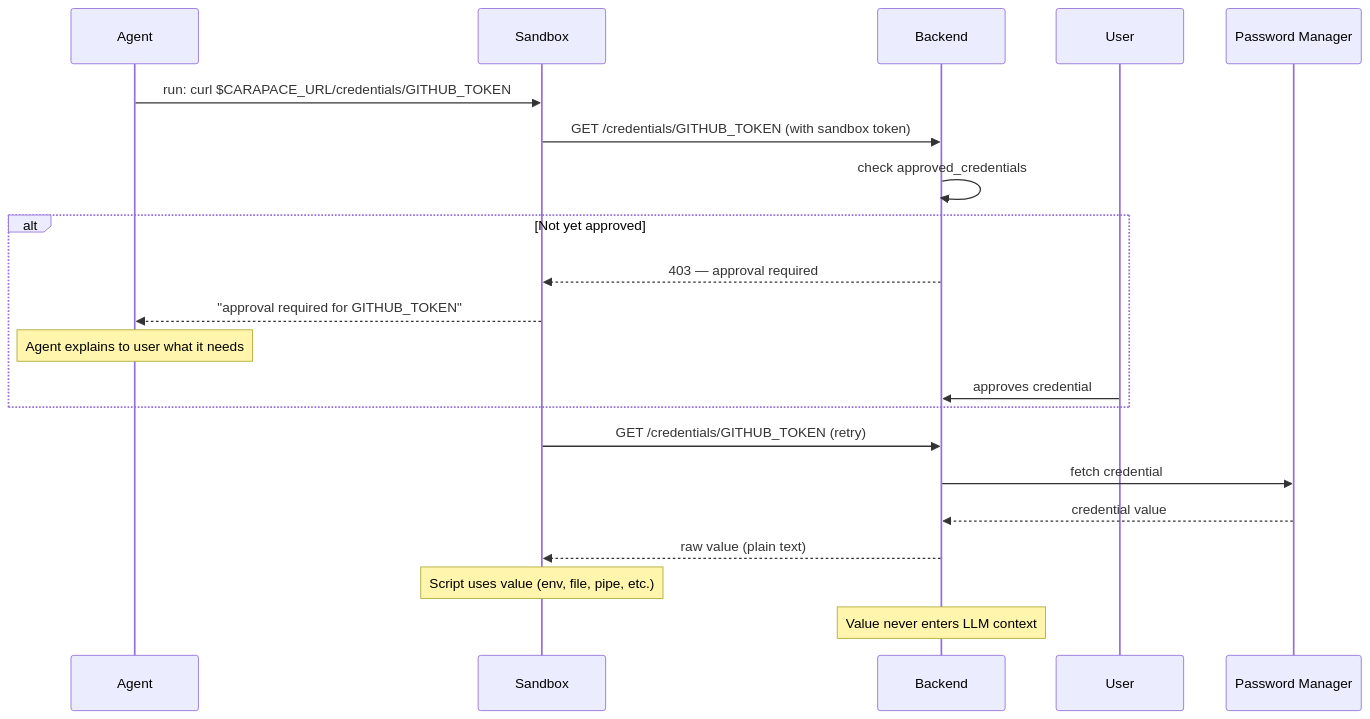
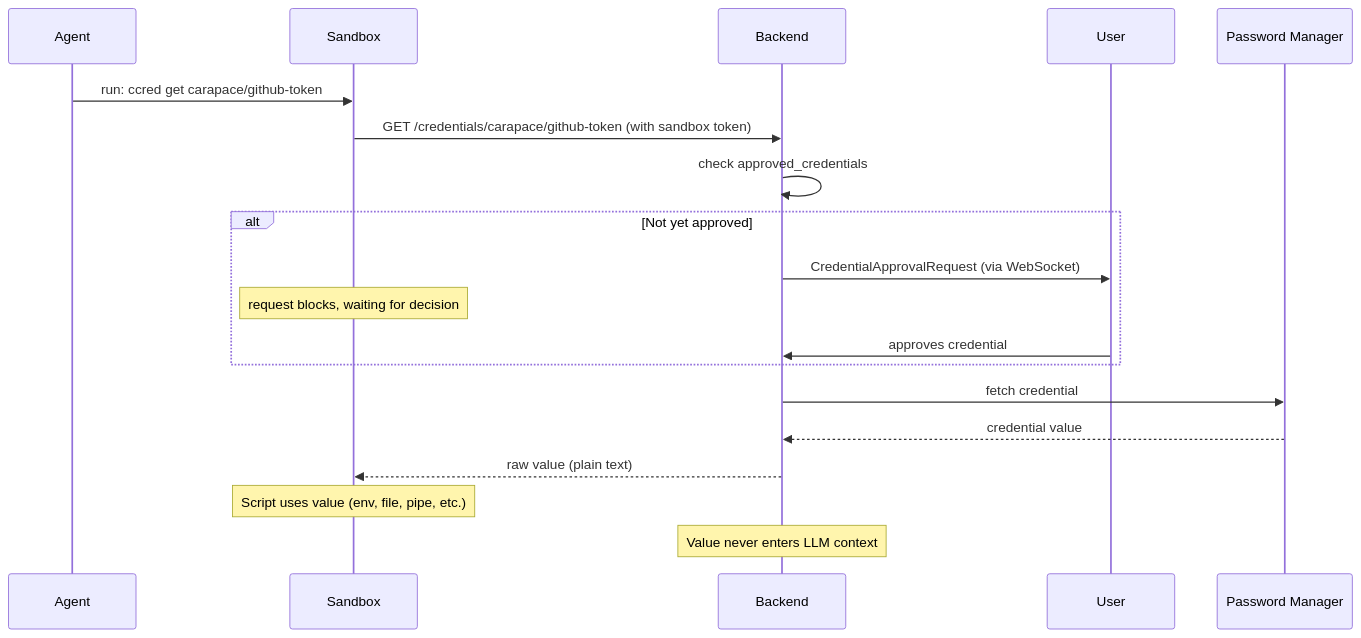
The second of 2 diagrams in docs/plans/credentials.md (thiesgerken/carapace), drawn with Mermaid before and after one commit. The commit also changed other lines of this file and 3 other files, not shown here.

````diff
--- a/docs/plans/credentials.md
+++ b/docs/plans/credentials.md
@@ -110,26 +121,24 @@
 ```mermaid
 sequenceDiagram
     participant Agent
     participant Sandbox
     participant Backend
     participant User
     participant Vault as Password Manager
 
-    Agent->>Sandbox: run: curl $CARAPACE_URL/credentials/GITHUB_TOKEN
-    Sandbox->>Backend: GET /credentials/GITHUB_TOKEN (with sandbox token)
+    Agent->>Sandbox: run: ccred get carapace/github-token
+    Sandbox->>Backend: GET /credentials/carapace/github-token (with sandbox token)
     Backend->>Backend: check approved_credentials
 
     alt Not yet approved
-        Backend-->>Sandbox: 403 — approval required
-        Sandbox-->>Agent: "approval required for GITHUB_TOKEN"
-        Note over Agent: Agent explains to user what it needs
+        Backend->>User: CredentialApprovalRequest (via WebSocket)
+        Note over Sandbox: request blocks, waiting for decision
         User->>Backend: approves credential
     end
 
-    Sandbox->>Backend: GET /credentials/GITHUB_TOKEN (retry)
     Backend->>Vault: fetch credential
     Vault-->>Backend: credential value
     Backend-->>Sandbox: raw value (plain text)
     Note over Sandbox: Script uses value (env, file, pipe, etc.)
     Note over Backend: Value never enters LLM context
 ```
````
